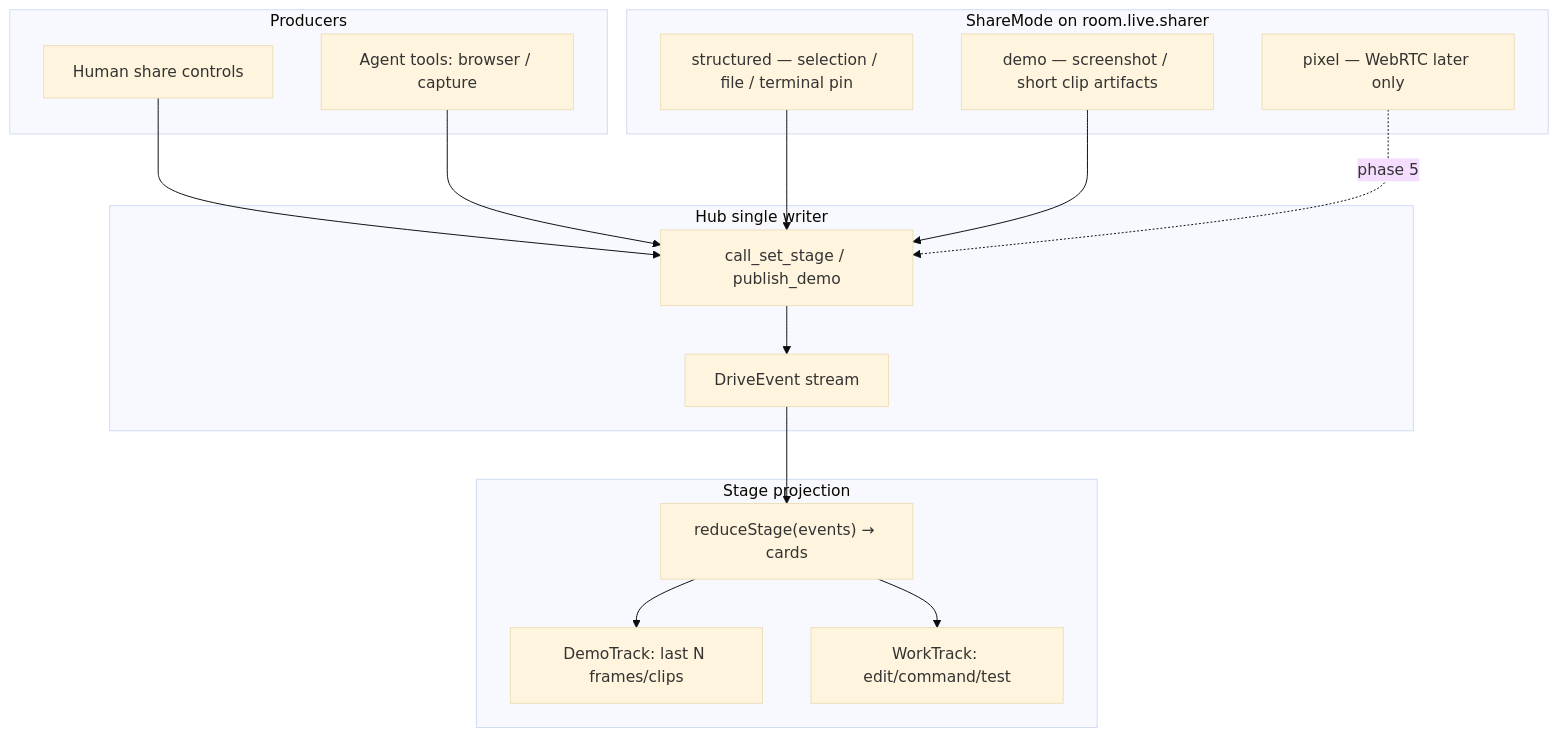
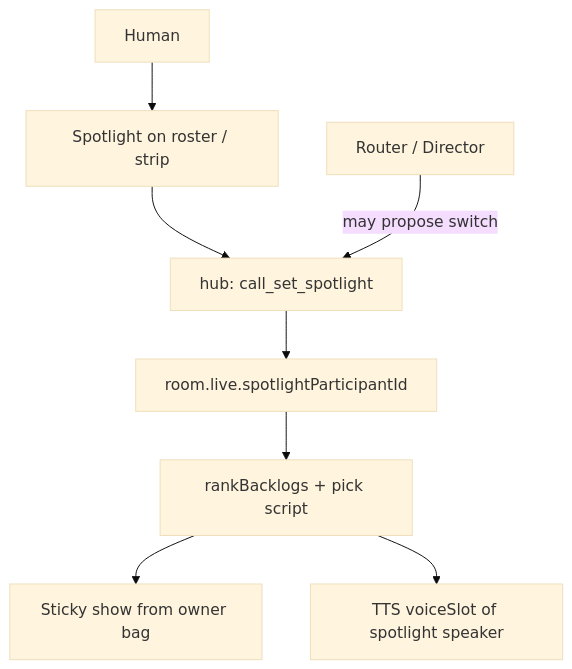
Before and after one commit to hhalperin/cline-drivecode: the third of 4 diagrams in docs/plans/cline-drivemode/share-and-router/PLAN.md, drawn with Mermaid (base theme). The commit also changed other lines of this file and 3 other files, not shown here.

Commit message:
docs(drive): sync share-and-router plan with spotlight and A2A

````diff
--- a/docs/plans/cline-drivemode/share-and-router/PLAN.md
+++ b/docs/plans/cline-drivemode/share-and-router/PLAN.md
@@ -75,33 +302,10 @@
 ```mermaid
 flowchart TB
-  subgraph Modes["ShareMode on room.live.sharer"]
-    S["structured — selection / file / terminal pin"]
-    D["demo — screenshot / short clip artifacts"]
-    P["pixel — WebRTC later only"]
-  end
-
-  subgraph Produce["Producers"]
-    Human["Human share controls"]
-    Tools["Agent tools: browser / capture"]
-  end
-
-  subgraph Hub["Hub single writer"]
-    Op["call_set_stage / publish_demo"]
-    Ev["DriveEvent stream"]
-  end
-
-  subgraph Stage["Stage projection"]
-    R["reduceStage(events) → cards"]
-    Demo["DemoTrack: last N frames/clips"]
-    Work["WorkTrack: edit/command/test"]
-  end
-
-  Human --> Op
-  Tools --> Op
-  Op --> Ev --> R
-  R --> Demo
-  R --> Work
-  S --> Op
-  D --> Op
-  P -.->|"phase 5"| Op
+  SpotBtn["Spotlight on roster / strip"] --> HubOp["hub: call_set_spotlight"]
+  HubOp --> Live["room.live.spotlightParticipantId"]
+  Live --> Rank["rankBacklogs + pick script"]
+  Rank --> Screen["Sticky show from owner bag"]
+  Rank --> Voice["TTS voiceSlot of spotlight speaker"]
+  Router["Router / Director"] -->|"may propose switch"| HubOp
+  Human["Human"] --> SpotBtn
 ```
````
